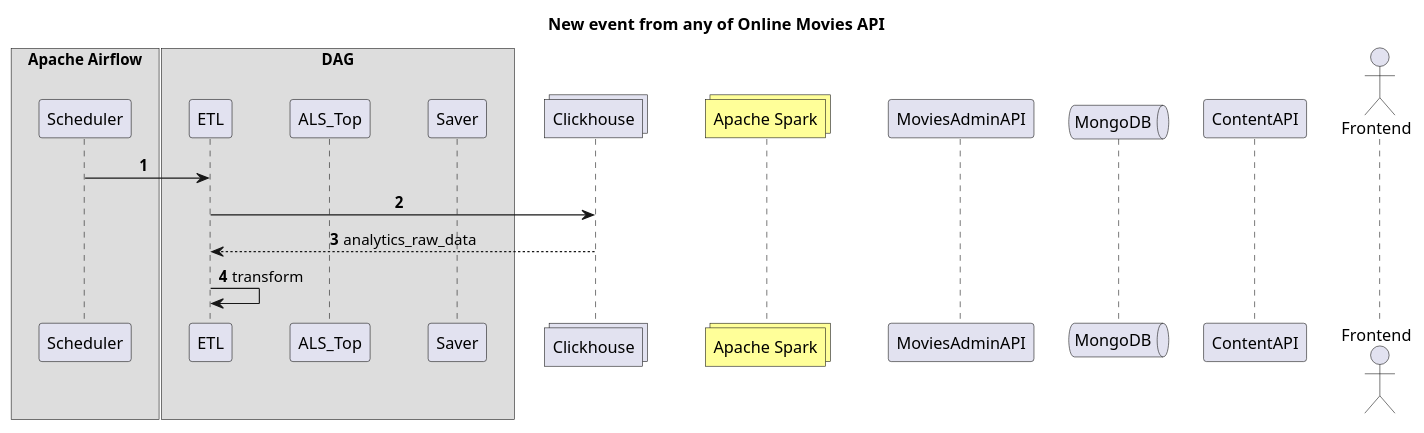
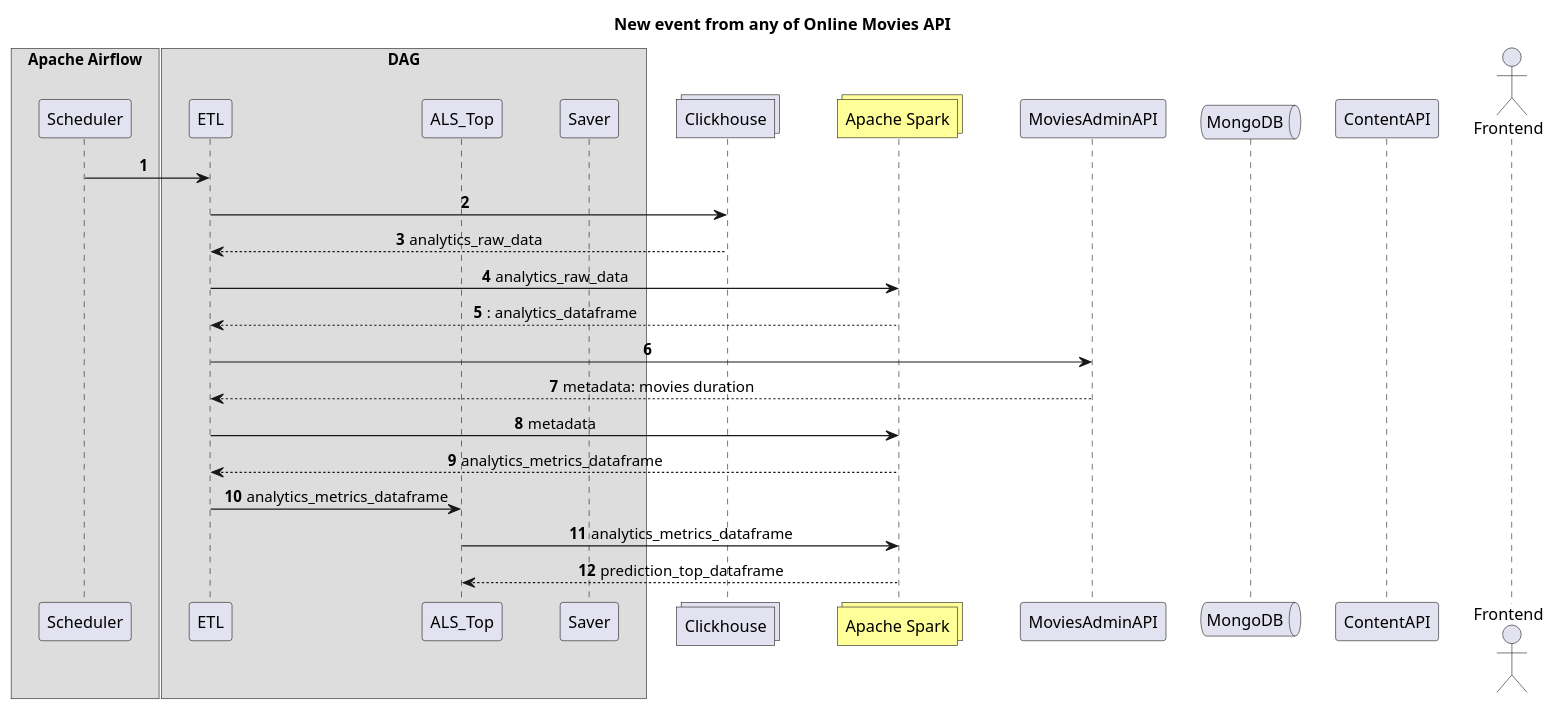
One commit to xh4vm/graduate_work changed the diagram in schemas/recommender_system.puml. Above: the diagram before and after it, drawn with PlantUML. The commit also changed 1 other file, not shown here.

```diff
--- a/schemas/recommender_system.puml
+++ b/schemas/recommender_system.puml
@@ -1,82 +1,92 @@
 @startuml
 autonumber
 skinparam sequence {
 	ParticipantPadding 20
 	MessageAlign center
 	skinparam BoxPadding 20
 }
 
 title New event from any of Online Movies API
 
 box Apache Airflow
 participant Scheduler as sch order 10
 box DAG
 participant ETL as etl order 20
 participant ALS_Top as als order 30
 participant Saver as sv order 35
 end box
 end box
 collections Clickhouse as cl order 40
 collections "Apache Spark" as spark order 41 #FFFF99
 participant MoviesAdminAPI as a_api order 42
 queue MongoDB as mng order 50
 participant ContentAPI as c_api order 60
 actor Frontend as frn order 70
 
 sch -> etl
 etl -> cl
 return analytics_raw_data
 
-etl -> etl: transform
+etl -> spark: analytics_raw_data
+return: analytics_dataframe
+
+etl -> a_api
+return metadata: movies duration
+etl -> spark: metadata
+return analytics_metrics_dataframe
+
+etl -> als: analytics_metrics_dataframe
+als -> spark: analytics_metrics_dataframe
+return prediction_top_dataframe
 
 'api_p -> api_n: event
 'note left
 'name_of_event_source
 'name_type_event
 'context
 'created
 'end note
 'api_n -> q: NewEvent
 'q -> b: NewEvent
 
 'group #ebfafa Build email
 'loop #c2f0f0 for message in queue
 'q -> b: message
 'b -> api_a: get user data
 'note left
 'user_id,
 'name_event: str,
 'end note
 'return user
 'note left
 'None if not permissions for this event or inappropriate timezone
 'user_email, user_name
 'end note
 'alt #c2f0f0 user not None
 'b -> db: get type_event data (message.name_event)
 'return type_event data
 'note left
 'subject, template
 'end note
 'b -> b: render email_text
 'b -> q: email_message_for_send
 'note right
 'message.likes_request_date,
 'message.review_id,
 'email_text
 'end note
 'end alt
 'end loop
 'end group
 '
 'loop #fff2e6 Send email
 'q -> s: message
 's -> em: message
 'em -> s: OK
 'note right
 'message.review_id,
 'likes_request_date
 'end note
 'end loop
 
 @enduml
```
